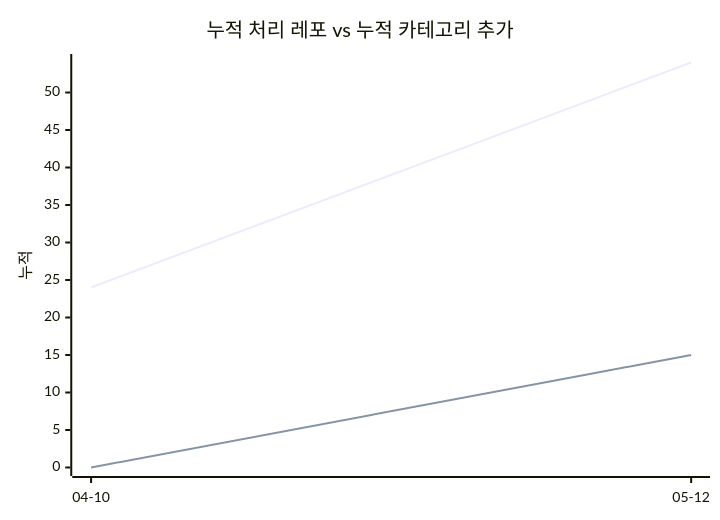
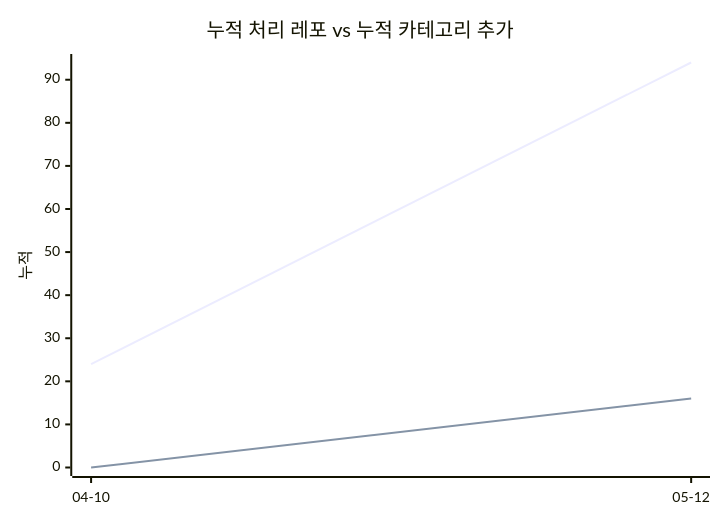
The second of 2 diagrams in docs/trends.md (J-nowcow/awesome-korean-agent-skills), drawn with Mermaid before and after one commit. The commit also changed other lines of this file and 4 other files, not shown here.

````diff
--- a/docs/trends.md
+++ b/docs/trends.md
@@ -56,8 +56,8 @@
 ```mermaid
 xychart-beta
     title "누적 처리 레포 vs 누적 카테고리 추가"
     x-axis ["04-10","05-12"]
     y-axis "누적"
-    line [24,54]
-    line [0,15]
+    line [24,94]
+    line [0,16]
 ```
````
